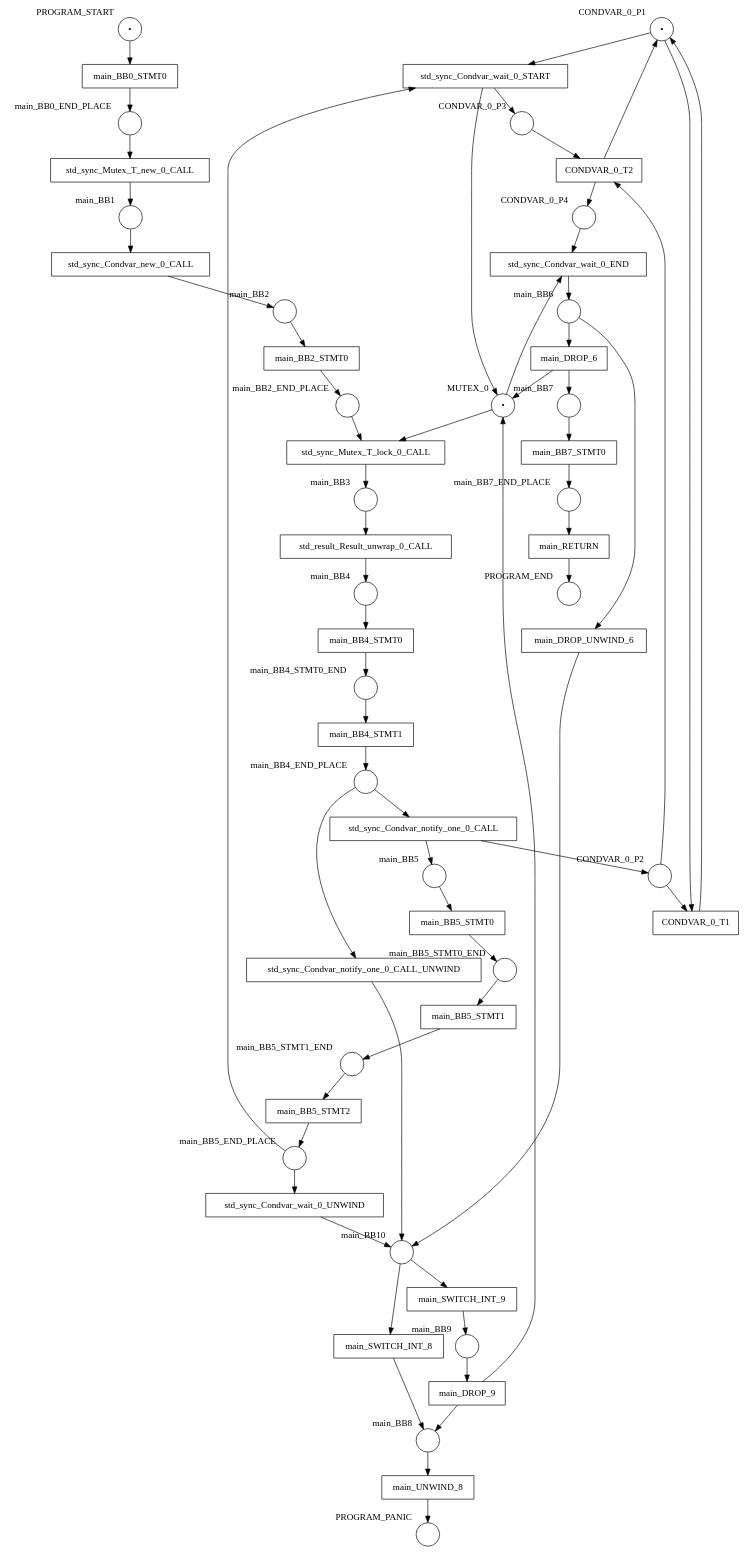
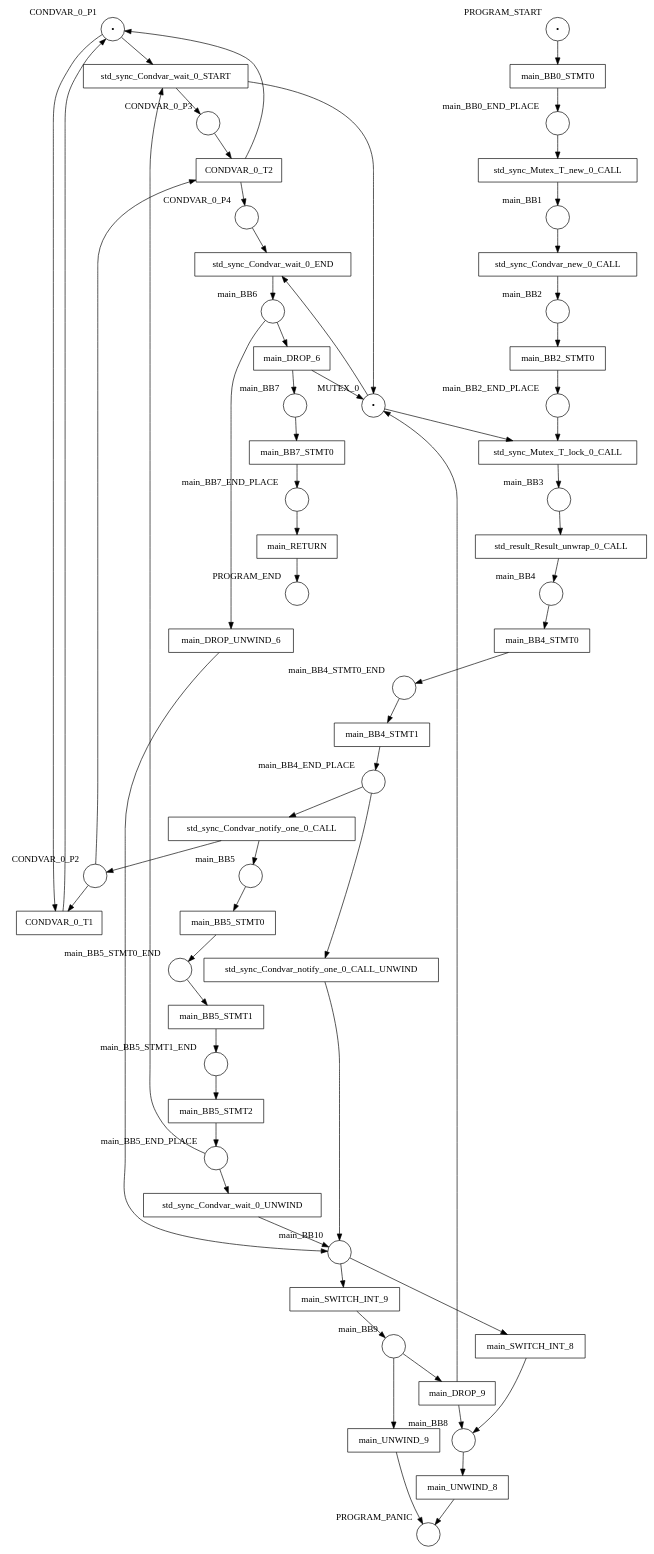
Before and after one commit to hlisdero/cargo-check-deadlock: the diagram in examples/results/condvar/self_notify_lost_signal/net.dot, drawn with Graphviz. The commit also changed 26 other files, not shown here.

```diff
--- a/examples/results/condvar/self_notify_lost_signal/net.dot
+++ b/examples/results/condvar/self_notify_lost_signal/net.dot
@@ -1,116 +1,119 @@
 digraph petrinet {
     CONDVAR_0_P1 [shape="circle" xlabel="CONDVAR_0_P1" label="•"];
     CONDVAR_0_P2 [shape="circle" xlabel="CONDVAR_0_P2" label=""];
     CONDVAR_0_P3 [shape="circle" xlabel="CONDVAR_0_P3" label=""];
     CONDVAR_0_P4 [shape="circle" xlabel="CONDVAR_0_P4" label=""];
     MUTEX_0 [shape="circle" xlabel="MUTEX_0" label="•"];
     PROGRAM_END [shape="circle" xlabel="PROGRAM_END" label=""];
     PROGRAM_PANIC [shape="circle" xlabel="PROGRAM_PANIC" label=""];
     PROGRAM_START [shape="circle" xlabel="PROGRAM_START" label="•"];
     main_BB0_END_PLACE [shape="circle" xlabel="main_BB0_END_PLACE" label=""];
     main_BB1 [shape="circle" xlabel="main_BB1" label=""];
     main_BB10 [shape="circle" xlabel="main_BB10" label=""];
     main_BB2 [shape="circle" xlabel="main_BB2" label=""];
     main_BB2_END_PLACE [shape="circle" xlabel="main_BB2_END_PLACE" label=""];
     main_BB3 [shape="circle" xlabel="main_BB3" label=""];
     main_BB4 [shape="circle" xlabel="main_BB4" label=""];
     main_BB4_END_PLACE [shape="circle" xlabel="main_BB4_END_PLACE" label=""];
     main_BB4_STMT0_END [shape="circle" xlabel="main_BB4_STMT0_END" label=""];
     main_BB5 [shape="circle" xlabel="main_BB5" label=""];
     main_BB5_END_PLACE [shape="circle" xlabel="main_BB5_END_PLACE" label=""];
     main_BB5_STMT0_END [shape="circle" xlabel="main_BB5_STMT0_END" label=""];
     main_BB5_STMT1_END [shape="circle" xlabel="main_BB5_STMT1_END" label=""];
     main_BB6 [shape="circle" xlabel="main_BB6" label=""];
     main_BB7 [shape="circle" xlabel="main_BB7" label=""];
     main_BB7_END_PLACE [shape="circle" xlabel="main_BB7_END_PLACE" label=""];
     main_BB8 [shape="circle" xlabel="main_BB8" label=""];
     main_BB9 [shape="circle" xlabel="main_BB9" label=""];
     CONDVAR_0_T1 [shape="box" xlabel="" label="CONDVAR_0_T1"];
     CONDVAR_0_T2 [shape="box" xlabel="" label="CONDVAR_0_T2"];
     main_BB0_STMT0 [shape="box" xlabel="" label="main_BB0_STMT0"];
     main_BB2_STMT0 [shape="box" xlabel="" label="main_BB2_STMT0"];
     main_BB4_STMT0 [shape="box" xlabel="" label="main_BB4_STMT0"];
     main_BB4_STMT1 [shape="box" xlabel="" label="main_BB4_STMT1"];
     main_BB5_STMT0 [shape="box" xlabel="" label="main_BB5_STMT0"];
     main_BB5_STMT1 [shape="box" xlabel="" label="main_BB5_STMT1"];
     main_BB5_STMT2 [shape="box" xlabel="" label="main_BB5_STMT2"];
     main_BB7_STMT0 [shape="box" xlabel="" label="main_BB7_STMT0"];
     main_DROP_6 [shape="box" xlabel="" label="main_DROP_6"];
     main_DROP_9 [shape="box" xlabel="" label="main_DROP_9"];
     main_DROP_UNWIND_6 [shape="box" xlabel="" label="main_DROP_UNWIND_6"];
     main_RETURN [shape="box" xlabel="" label="main_RETURN"];
     main_SWITCH_INT_8 [shape="box" xlabel="" label="main_SWITCH_INT_8"];
     main_SWITCH_INT_9 [shape="box" xlabel="" label="main_SWITCH_INT_9"];
     main_UNWIND_8 [shape="box" xlabel="" label="main_UNWIND_8"];
+    main_UNWIND_9 [shape="box" xlabel="" label="main_UNWIND_9"];
     std_result_Result_unwrap_0_CALL [shape="box" xlabel="" label="std_result_Result_unwrap_0_CALL"];
     std_sync_Condvar_new_0_CALL [shape="box" xlabel="" label="std_sync_Condvar_new_0_CALL"];
     std_sync_Condvar_notify_one_0_CALL [shape="box" xlabel="" label="std_sync_Condvar_notify_one_0_CALL"];
     std_sync_Condvar_notify_one_0_CALL_UNWIND [shape="box" xlabel="" label="std_sync_Condvar_notify_one_0_CALL_UNWIND"];
     std_sync_Condvar_wait_0_END [shape="box" xlabel="" label="std_sync_Condvar_wait_0_END"];
     std_sync_Condvar_wait_0_START [shape="box" xlabel="" label="std_sync_Condvar_wait_0_START"];
     std_sync_Condvar_wait_0_UNWIND [shape="box" xlabel="" label="std_sync_Condvar_wait_0_UNWIND"];
     std_sync_Mutex_T_lock_0_CALL [shape="box" xlabel="" label="std_sync_Mutex_T_lock_0_CALL"];
     std_sync_Mutex_T_new_0_CALL [shape="box" xlabel="" label="std_sync_Mutex_T_new_0_CALL"];
     CONDVAR_0_P1 -> CONDVAR_0_T1;
     CONDVAR_0_P1 -> std_sync_Condvar_wait_0_START;
     CONDVAR_0_P2 -> CONDVAR_0_T1;
     CONDVAR_0_P2 -> CONDVAR_0_T2;
     CONDVAR_0_P3 -> CONDVAR_0_T2;
     CONDVAR_0_P4 -> std_sync_Condvar_wait_0_END;
     MUTEX_0 -> std_sync_Condvar_wait_0_END;
     MUTEX_0 -> std_sync_Mutex_T_lock_0_CALL;
     PROGRAM_START -> main_BB0_STMT0;
     main_BB0_END_PLACE -> std_sync_Mutex_T_new_0_CALL;
     main_BB1 -> std_sync_Condvar_new_0_CALL;
     main_BB10 -> main_SWITCH_INT_8;
     main_BB10 -> main_SWITCH_INT_9;
     main_BB2 -> main_BB2_STMT0;
     main_BB2_END_PLACE -> std_sync_Mutex_T_lock_0_CALL;
     main_BB3 -> std_result_Result_unwrap_0_CALL;
     main_BB4 -> main_BB4_STMT0;
     main_BB4_END_PLACE -> std_sync_Condvar_notify_one_0_CALL;
     main_BB4_END_PLACE -> std_sync_Condvar_notify_one_0_CALL_UNWIND;
     main_BB4_STMT0_END -> main_BB4_STMT1;
     main_BB5 -> main_BB5_STMT0;
     main_BB5_END_PLACE -> std_sync_Condvar_wait_0_START;
     main_BB5_END_PLACE -> std_sync_Condvar_wait_0_UNWIND;
     main_BB5_STMT0_END -> main_BB5_STMT1;
     main_BB5_STMT1_END -> main_BB5_STMT2;
     main_BB6 -> main_DROP_6;
     main_BB6 -> main_DROP_UNWIND_6;
     main_BB7 -> main_BB7_STMT0;
     main_BB7_END_PLACE -> main_RETURN;
     main_BB8 -> main_UNWIND_8;
     main_BB9 -> main_DROP_9;
+    main_BB9 -> main_UNWIND_9;
     CONDVAR_0_T1 -> CONDVAR_0_P1;
     CONDVAR_0_T2 -> CONDVAR_0_P1;
     CONDVAR_0_T2 -> CONDVAR_0_P4;
     main_BB0_STMT0 -> main_BB0_END_PLACE;
     main_BB2_STMT0 -> main_BB2_END_PLACE;
     main_BB4_STMT0 -> main_BB4_STMT0_END;
     main_BB4_STMT1 -> main_BB4_END_PLACE;
     main_BB5_STMT0 -> main_BB5_STMT0_END;
     main_BB5_STMT1 -> main_BB5_STMT1_END;
     main_BB5_STMT2 -> main_BB5_END_PLACE;
     main_BB7_STMT0 -> main_BB7_END_PLACE;
     main_DROP_6 -> MUTEX_0;
     main_DROP_6 -> main_BB7;
     main_DROP_9 -> MUTEX_0;
     main_DROP_9 -> main_BB8;
     main_DROP_UNWIND_6 -> main_BB10;
     main_RETURN -> PROGRAM_END;
     main_SWITCH_INT_8 -> main_BB8;
     main_SWITCH_INT_9 -> main_BB9;
     main_UNWIND_8 -> PROGRAM_PANIC;
+    main_UNWIND_9 -> PROGRAM_PANIC;
     std_result_Result_unwrap_0_CALL -> main_BB4;
     std_sync_Condvar_new_0_CALL -> main_BB2;
     std_sync_Condvar_notify_one_0_CALL -> CONDVAR_0_P2;
     std_sync_Condvar_notify_one_0_CALL -> main_BB5;
     std_sync_Condvar_notify_one_0_CALL_UNWIND -> main_BB10;
     std_sync_Condvar_wait_0_END -> main_BB6;
     std_sync_Condvar_wait_0_START -> CONDVAR_0_P3;
     std_sync_Condvar_wait_0_START -> MUTEX_0;
     std_sync_Condvar_wait_0_UNWIND -> main_BB10;
     std_sync_Mutex_T_lock_0_CALL -> main_BB3;
     std_sync_Mutex_T_new_0_CALL -> main_BB1;
 }
```
